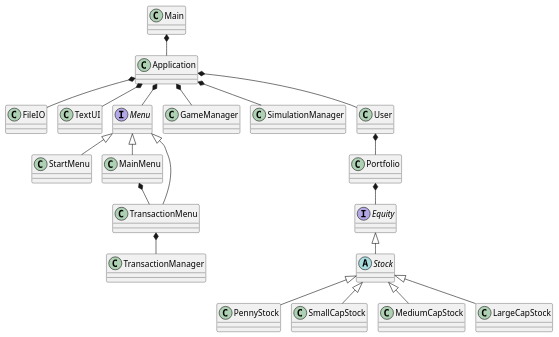
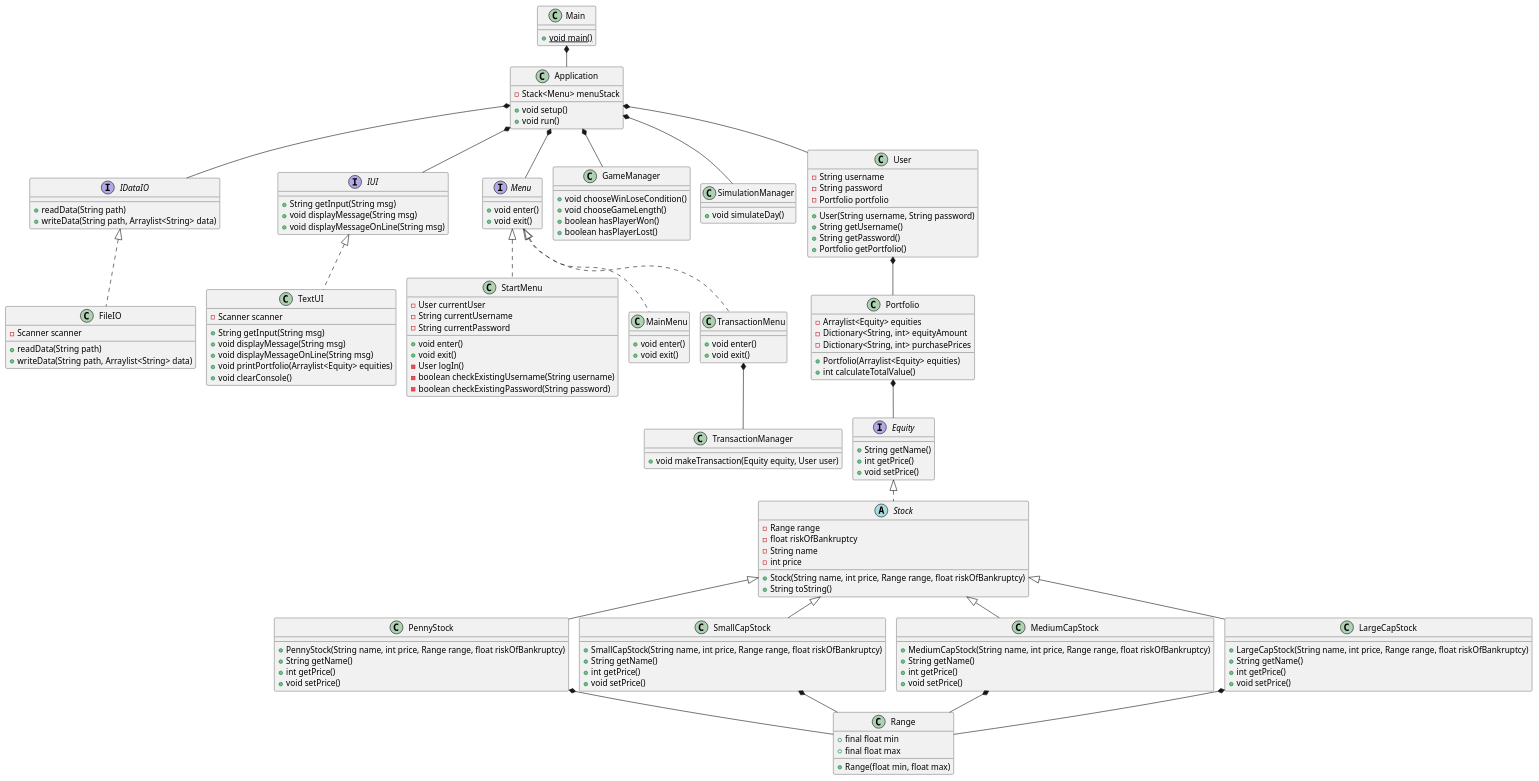
The diagram in Documentation/KlasseDiagram.puml (TobiasTheDanish/AktieSpil), drawn with PlantUML before and after one commit. The commit also changed 1 other file, not shown here.

```diff
--- a/Documentation/KlasseDiagram.puml
+++ b/Documentation/KlasseDiagram.puml
@@ -1,71 +1,162 @@
 @startuml
 !pragma layout smetana
 'https://plantuml.com/class-diagram
 class Main {
+    + {static} void main()
 }
 
 class Application {
+    - Stack<Menu> menuStack
+    + void setup()
+    + void run()
 }
 
-class FileIO {
+interface IDataIO {
+    + readData(String path)
+    + writeData(String path, Arraylist<String> data)
 }
 
-class TextUI {
+class FileIO implements IDataIO {
+    - Scanner scanner
+    + readData(String path)
+    + writeData(String path, Arraylist<String> data)
+
+}
+
+interface IUI {
+    + String getInput(String msg)
+    + void displayMessage(String msg)
+    + void displayMessageOnLine(String msg)
+}
+
+class TextUI implements IUI {
+    - Scanner scanner
+    + String getInput(String msg)
+    + void displayMessage(String msg)
+    + void displayMessageOnLine(String msg)
+    + void printPortfolio(Arraylist<Equity> equities)
+    + void clearConsole()
 }
 
 interface Menu {
+    + void enter()
+    + void exit()
 }
 
-class StartMenu extends Menu{
+class StartMenu implements Menu {
+    - User currentUser
+    - String currentUsername
+    - String currentPassword
+    + void enter()
+    + void exit()
+    - User logIn()
+    - boolean checkExistingUsername(String username)
+    - boolean checkExistingPassword(String password)
 }
 
-class MainMenu extends Menu {
+class MainMenu implements Menu {
+    + void enter()
+    + void exit()
 }
 
-class TransactionMenu extends Menu {
+class TransactionMenu implements Menu {
+    + void enter()
+    + void exit()
 }
 
 class TransactionManager {
+    + void makeTransaction(Equity equity, User user)
 }
 
 class GameManager {
+    + void chooseWinLoseCondition()
+    + void chooseGameLength()
+    + boolean hasPlayerWon()
+    + boolean hasPlayerLost()
 }
 
 class SimulationManager {
+    + void simulateDay()
 }
 
 class User {
+    - String username
+    - String password
+    - Portfolio portfolio
+    + User(String username, String password)
+    + String getUsername()
+    + String getPassword()
+    + Portfolio getPortfolio()
 }
 
 class Portfolio {
+    - Arraylist<Equity> equities
+    - Dictionary<String, int> equityAmount
+    - Dictionary<String, int> purchasePrices
+    + Portfolio(Arraylist<Equity> equities)
+    + int calculateTotalValue()
 }
 
 interface Equity {
+    + String getName()
+    + int getPrice()
+    + void setPrice()
 }
 
-abstract class Stock extends Equity {
+abstract class Stock implements Equity {
+    - Range range
+    - float riskOfBankruptcy
+    - String name
+    - int price
+    + Stock(String name, int price, Range range, float riskOfBankruptcy)
+    + String toString()
 }
 
 class PennyStock extends Stock {
+    + PennyStock(String name, int price, Range range, float riskOfBankruptcy)
+    + String getName()
+    + int getPrice()
+    + void setPrice()
 }
 class SmallCapStock extends Stock {
+    + SmallCapStock(String name, int price, Range range, float riskOfBankruptcy)
+    + String getName()
+    + int getPrice()
+    + void setPrice()
 }
 class MediumCapStock extends Stock {
+    + MediumCapStock(String name, int price, Range range, float riskOfBankruptcy)
+    + String getName()
+    + int getPrice()
+    + void setPrice()
 }
 class LargeCapStock extends Stock {
+    + LargeCapStock(String name, int price, Range range, float riskOfBankruptcy)
+    + String getName()
+    + int getPrice()
+    + void setPrice()
+}
+
+class Range {
+    + final float min
+    + final float max
+    + Range(float min, float max)
 }
 
 Main *-- Application
 Application *-- Menu
 Application *-- User
 Application *-- SimulationManager
 Application *-- GameManager
-Application *-- TextUI
-Application *-- FileIO
+Application *-- IUI
+Application *-- IDataIO
 
-MainMenu *-- TransactionMenu
 TransactionMenu *-- TransactionManager
 
 User *-- Portfolio
 Portfolio *-- Equity
+PennyStock *-- Range
+SmallCapStock *-- Range
+MediumCapStock *-- Range
+LargeCapStock *-- Range
 @enduml
```
